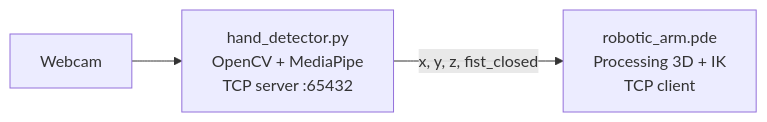
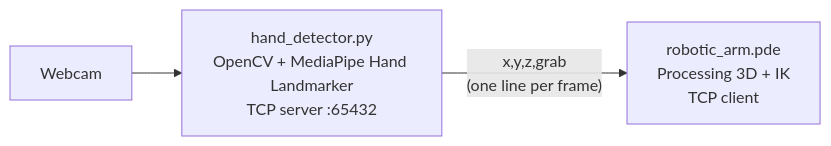
One commit to jpcedanos/Visuocontrol-of-a-quasi-static-robot changed the diagram in README.md. Above: the diagram before and after it, drawn with Mermaid. The commit also changed other lines of this file and 11 other files, not shown here.

````diff
--- a/README.md
+++ b/README.md
@@ -10,5 +10,5 @@
 ```mermaid
 flowchart LR
-    WEB[Webcam] --> PY[hand_detector.py<br/>OpenCV + MediaPipe<br/>TCP server :65432]
-    PY -- "x, y, z, fist_closed" --> PDE[robotic_arm.pde<br/>Processing 3D + IK<br/>TCP client]
+    WEB[Webcam] --> PY[hand_detector.py<br/>OpenCV + MediaPipe Hand Landmarker<br/>TCP server :65432]
+    PY -- "x,y,z,grab\n (one line per frame)" --> PDE[robotic_arm.pde<br/>Processing 3D + IK<br/>TCP client]
 ```
````
